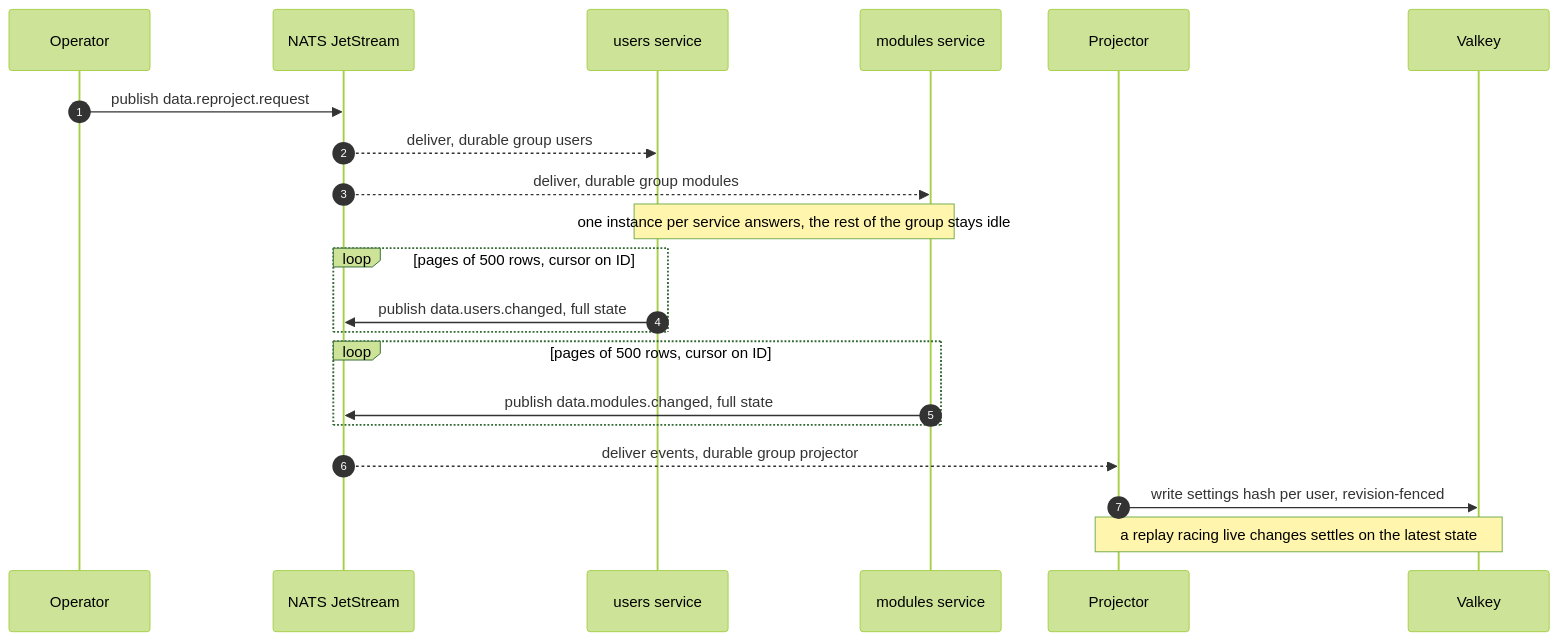
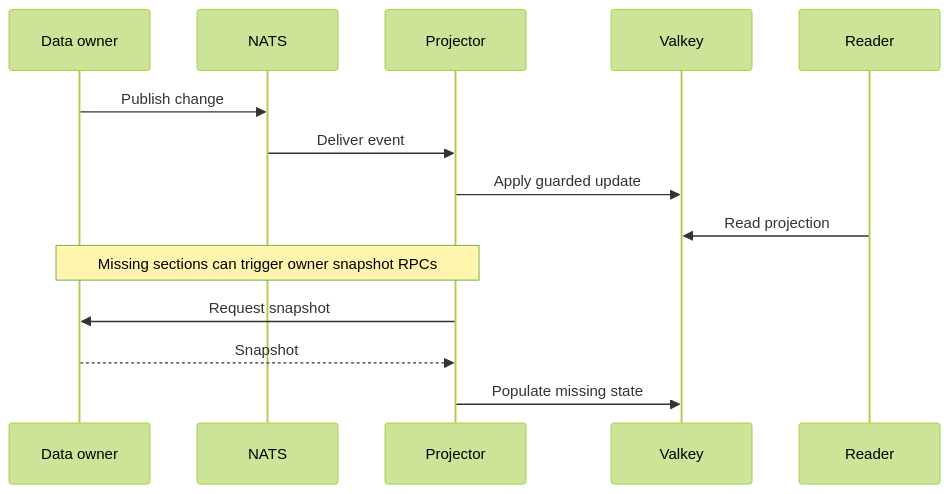
One commit to AdamOusmer/ItsBagelBot changed the diagram in web/docs/src/content/docs/data-and-state/projection.md. Above: the diagram before and after it, drawn with Mermaid (forest theme). The commit also changed other lines of this file and 171 other files, not shown here.

````diff
--- a/web/docs/src/content/docs/data-and-state/projection.md
+++ b/web/docs/src/content/docs/data-and-state/projection.md
@@ -73,24 +15,16 @@
 ```mermaid
 sequenceDiagram
-    autonumber
-    participant O as Operator
-    participant N as NATS JetStream
-    participant U as users service
-    participant M as modules service
+    participant O as Data owner
+    participant N as NATS
     participant P as Projector
     participant V as Valkey
-
-    O->>N: publish data.reproject.request
-    N-->>U: deliver, durable group users
-    N-->>M: deliver, durable group modules
-    Note over U,M: one instance per service answers, the rest of the group stays idle
-    loop pages of 500 rows, cursor on ID
-        U->>N: publish data.users.changed, full state
-    end
-    loop pages of 500 rows, cursor on ID
-        M->>N: publish data.modules.changed, full state
-    end
-    N-->>P: deliver events, durable group projector
-    P->>V: write settings hash per user, revision-fenced
-    Note over P,V: a replay racing live changes settles on the latest state
+    participant R as Reader
+    O->>N: Publish change
+    N->>P: Deliver event
+    P->>V: Apply guarded update
+    R->>V: Read projection
+    Note over P,O: Missing sections can trigger owner snapshot RPCs
+    P->>O: Request snapshot
+    O-->>P: Snapshot
+    P->>V: Populate missing state
 ```
````
